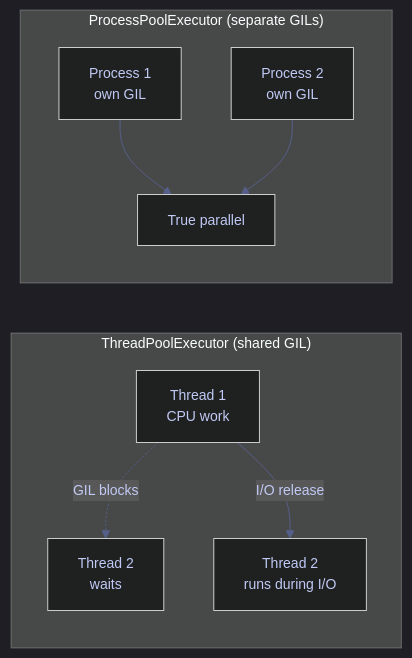
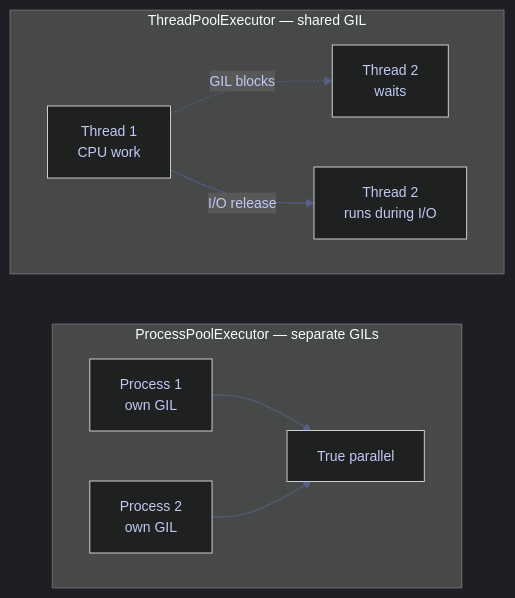
The first of 2 diagrams in content/02-Programming-Languages/Python/12_py_asyncconcurrency.md (alp78/elysium), drawn with Mermaid before and after one commit. The commit also changed other lines of this file and 92 other files, not shown here.

````diff
--- a/content/02-Programming-Languages/Python/12_py_asyncconcurrency.md
+++ b/content/02-Programming-Languages/Python/12_py_asyncconcurrency.md
@@ -526,23 +526,24 @@
 ```mermaid
 %%{init: {'theme': 'dark', 'themeVariables': {
   'primaryColor': '#292e42',
   'primaryTextColor': '#c0caf5',
   'primaryBorderColor': '#565f89',
   'lineColor': '#565f89',
   'secondaryColor': '#1a1b26',
   'tertiaryColor': '#24283b',
   'noteTextColor': '#c0caf5',
   'noteBkgColor': '#292e42',
   'textColor': '#c0caf5',
   'fontSize': '14px'
 }}}%%
-flowchart LR
-    subgraph Threads["ThreadPoolExecutor (shared GIL)"]
+flowchart TD
+    subgraph Threads["ThreadPoolExecutor — shared GIL"]
         T1["Thread 1<br/>CPU work"] -.->|"GIL blocks"| T2["Thread 2<br/>waits"]
         T1 -->|"I/O release"| T2b["Thread 2<br/>runs during I/O"]
     end
-    subgraph Processes["ProcessPoolExecutor (separate GILs)"]
+    subgraph Processes["ProcessPoolExecutor — separate GILs"]
         P1["Process 1<br/>own GIL"] --> R1["True parallel"]
         P2["Process 2<br/>own GIL"] --> R1
     end
+    Threads ~~~ Processes
 ```
````
